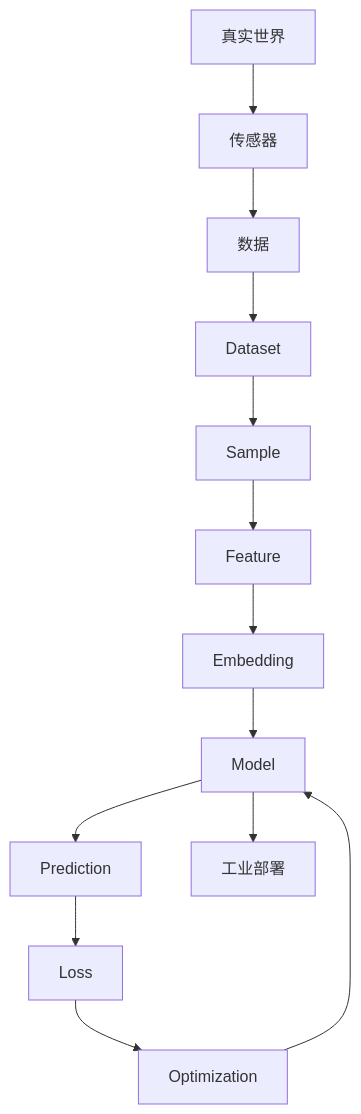
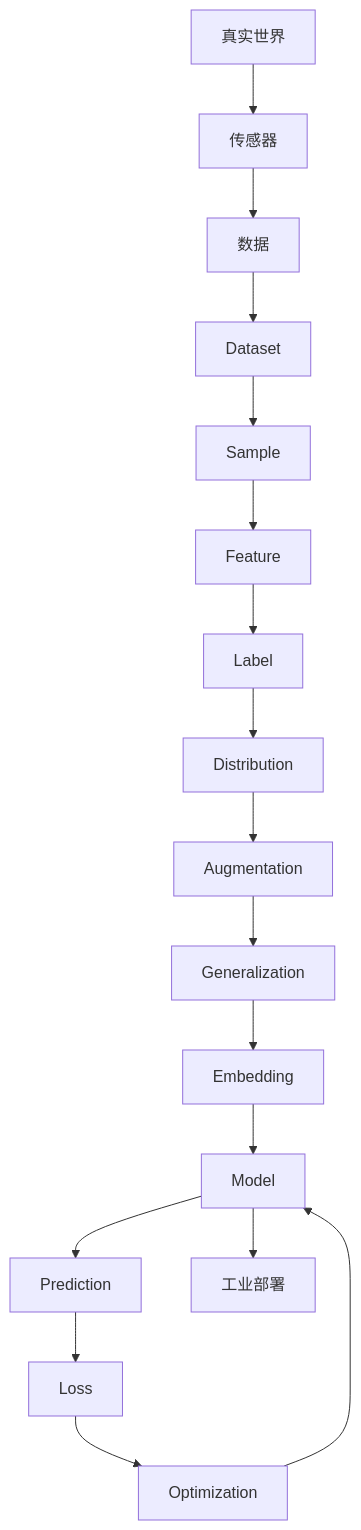
The diagram in KNOWLEDGE_MAP.md (ZMIOT/Mental-Models-for-AI), drawn with Mermaid before and after one commit. The commit also changed other lines of this file and 15 other files, not shown here.

````diff
--- a/KNOWLEDGE_MAP.md
+++ b/KNOWLEDGE_MAP.md
@@ -7,19 +7,24 @@
 ```mermaid
 flowchart TD
     World["真实世界"]
     Sensor["传感器"]
     Data["数据"]
     Dataset["Dataset"]
     Sample["Sample"]
     Feature["Feature"]
+    Label["Label"]
+    Distribution["Distribution"]
+    Augmentation["Augmentation"]
+    Generalization["Generalization"]
     Embedding["Embedding"]
     Model["Model"]
     Prediction["Prediction"]
     Loss["Loss"]
     Optimization["Optimization"]
     Deployment["工业部署"]
 
-    World --> Sensor --> Data --> Dataset --> Sample --> Feature --> Embedding --> Model --> Prediction
+    World --> Sensor --> Data --> Dataset --> Sample --> Feature --> Label --> Distribution --> Augmentation --> Generalization
+    Generalization --> Embedding --> Model --> Prediction
     Prediction --> Loss --> Optimization --> Model
     Model --> Deployment
 ```
````
